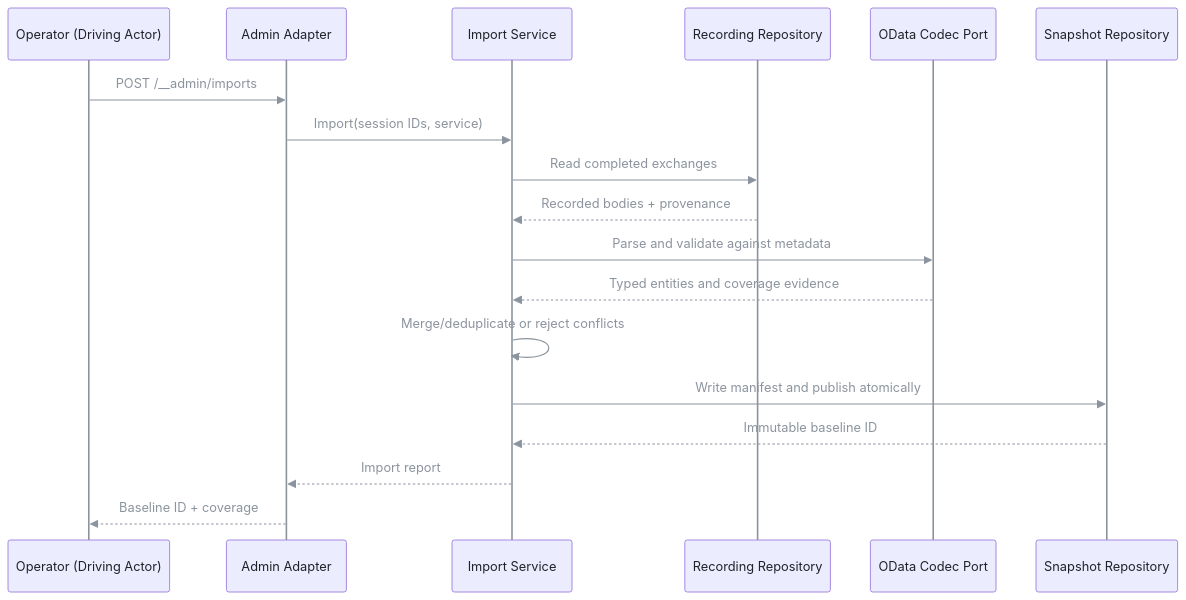
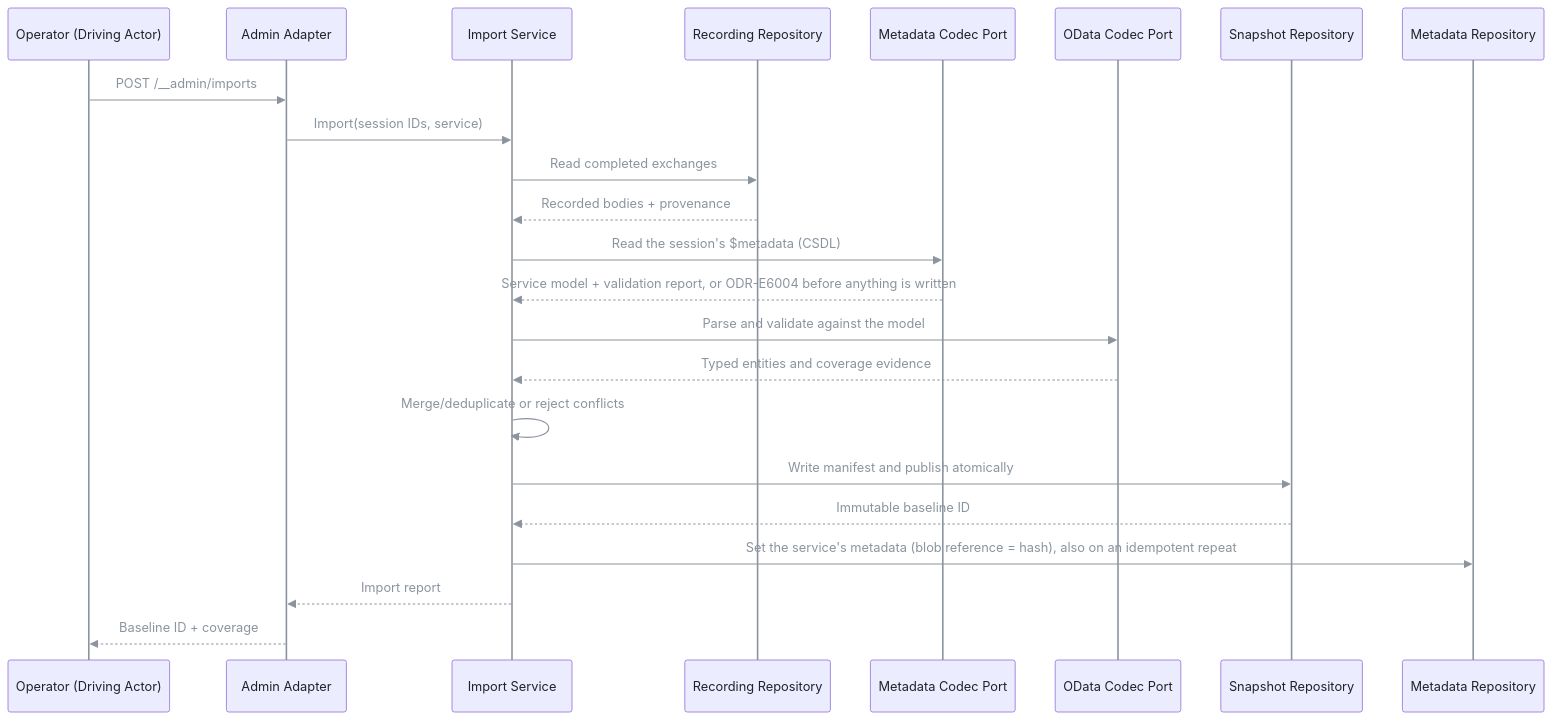
The third of 11 diagrams in spec/architecture.md (pt9912/odata-recorder), drawn with Mermaid before and after one commit. The commit also changed other lines of this file and 4 other files, not shown here.

First line of the commit message:
Architect: slice-odata-codec-csdl, Vertrag Metadaten lesen, SetMetadata-Aufrufer, Sendungen (LH-FA-06, LH-RB-01)

````diff
--- a/spec/architecture.md
+++ b/spec/architecture.md
@@ -312,21 +313,26 @@
 ```mermaid
 %%{init: {'themeVariables': {'lineColor': '#8b949e', 'signalColor': '#8b949e', 'signalTextColor': '#8b949e', 'actorLineColor': '#8b949e', 'loopTextColor': '#8b949e', 'textColor': '#c9d1d9', 'primaryTextColor': '#1f2328', 'nodeTextColor': '#1f2328', 'actorTextColor': '#1f2328', 'noteTextColor': '#1f2328', 'edgeLabelBackground': '#30363d'}}}%%
 sequenceDiagram
     participant O as Operator (Driving Actor)
     participant A as Admin Adapter
     participant I as Import Service
     participant R as Recording Repository
+    participant K as Metadata Codec Port
     participant C as OData Codec Port
     participant S as Snapshot Repository
+    participant D as Metadata Repository
     O->>A: POST /__admin/imports
     A->>I: Import(session IDs, service)
     I->>R: Read completed exchanges
     R-->>I: Recorded bodies + provenance
-    I->>C: Parse and validate against metadata
+    I->>K: Read the session's $metadata (CSDL)
+    K-->>I: Service model + validation report, or ODR-E6004 before anything is written
+    I->>C: Parse and validate against the model
     C-->>I: Typed entities and coverage evidence
     I->>I: Merge/deduplicate or reject conflicts
     I->>S: Write manifest and publish atomically
     S-->>I: Immutable baseline ID
+    I->>D: Set the service's metadata (blob reference = hash), also on an idempotent repeat
     I-->>A: Import report
     A-->>O: Baseline ID + coverage
 ```
````
